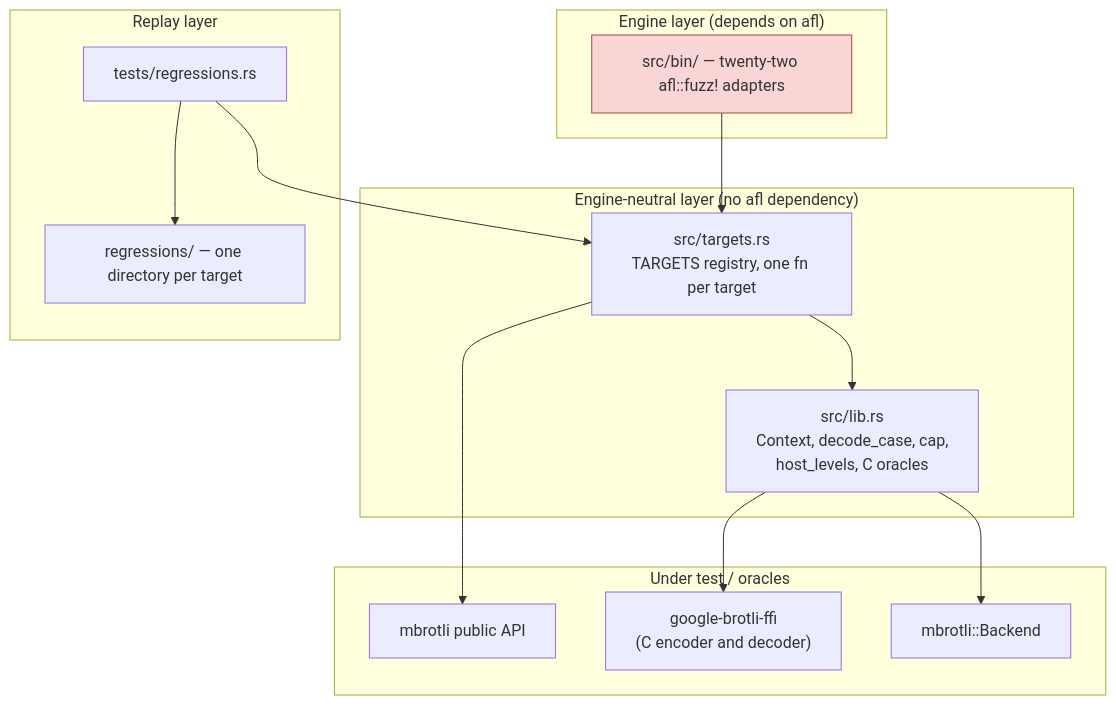
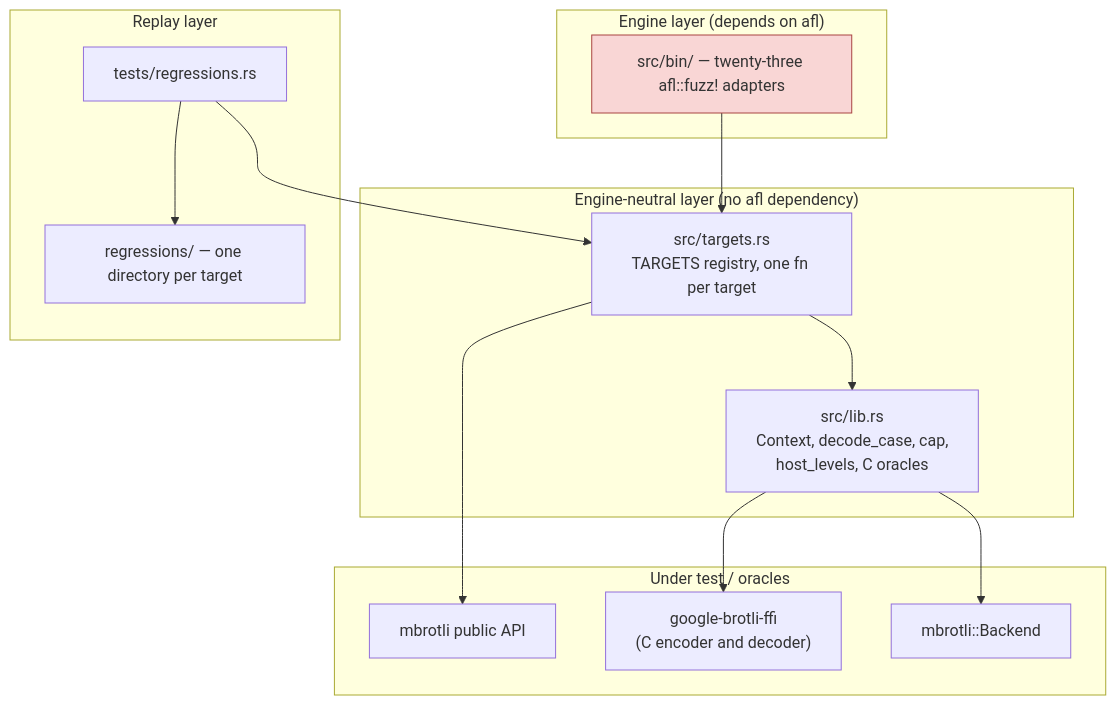
The first of 5 diagrams in architecture/fuzzing.md (Mnwa/mbrotli), drawn with Mermaid before and after one commit. The commit also changed other lines of this file and 43 other files, not shown here.

````diff
--- a/architecture/fuzzing.md
+++ b/architecture/fuzzing.md
@@ -20,33 +20,33 @@
 ```mermaid
 graph TD
     subgraph engine["Engine layer (depends on afl)"]
-        bins["src/bin/ — twenty-two afl::fuzz! adapters"]
+        bins["src/bin/ — twenty-three afl::fuzz! adapters"]
     end
 
     subgraph neutral["Engine-neutral layer (no afl dependency)"]
         targets["src/targets.rs<br/>TARGETS registry, one fn per target"]
         lib["src/lib.rs<br/>Context, decode_case, cap,<br/>host_levels, C oracles"]
     end
 
     subgraph replay["Replay layer"]
         regtest["tests/regressions.rs"]
         corpus["regressions/ — one directory per target"]
     end
 
     subgraph under["Under test / oracles"]
         mbrotli["mbrotli public API"]
         ffi["google-brotli-ffi<br/>(C encoder and decoder)"]
         simd["mbrotli::Backend"]
     end
 
     bins --> targets
     regtest --> targets
     regtest --> corpus
     targets --> lib
     targets --> mbrotli
     lib --> ffi
     lib --> simd
 
     classDef engineNode fill:#f9d6d5,stroke:#a94442;
     class bins engineNode;
 ```
````
